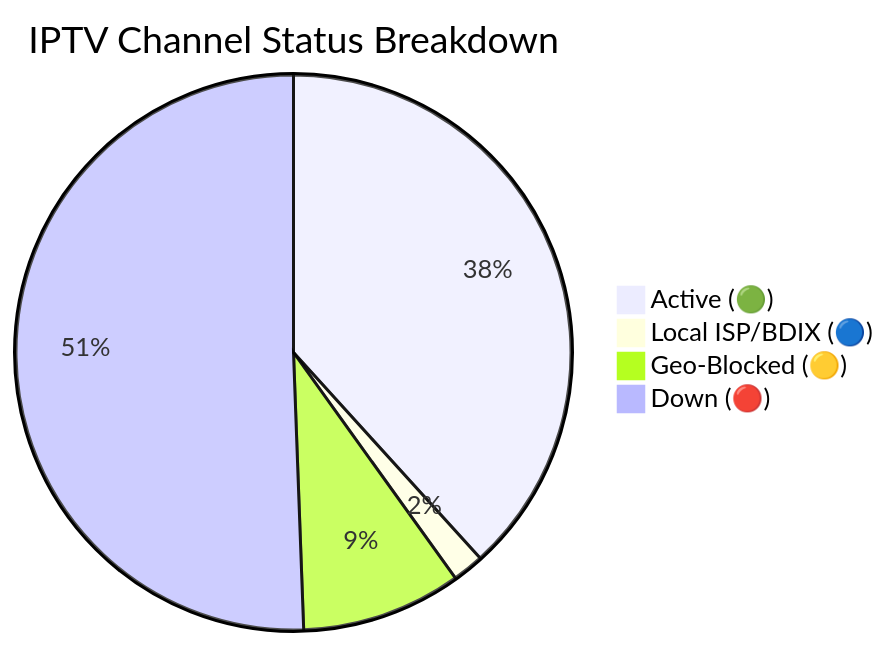
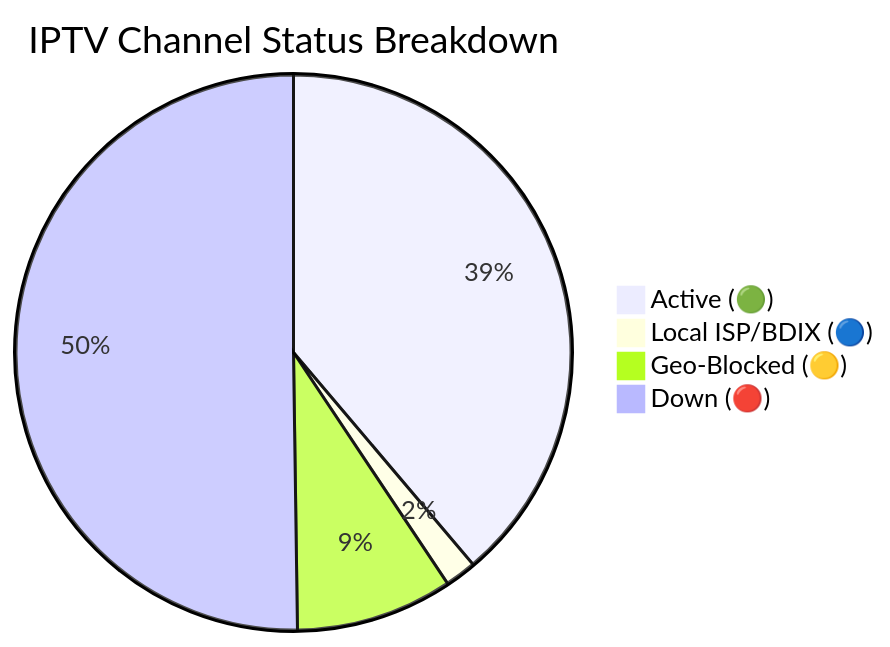
The diagram in README.md (andreataylord/Ip-tv-Collection), drawn with Mermaid before and after one commit. The commit also changed other lines of this file and 1 other file, not shown here.

Commit message:
docs(readme): auto-update daily channel status chart

````diff
--- a/README.md
+++ b/README.md
@@ -59,7 +59,7 @@
 ```mermaid
 pie title IPTV Channel Status Breakdown
-    "Active (🟢)" : 2682
+    "Active (🟢)" : 2720
     "Local ISP/BDIX (🔵)" : 128
-    "Geo-Blocked (🟡)" : 653
-    "Down (🔴)" : 3545
+    "Geo-Blocked (🟡)" : 640
+    "Down (🔴)" : 3520
 ```
````
